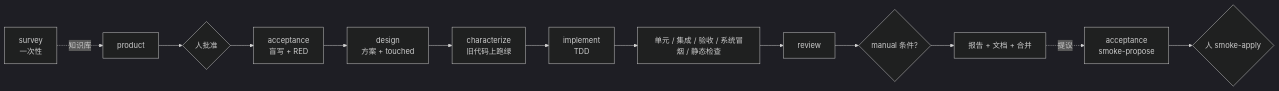
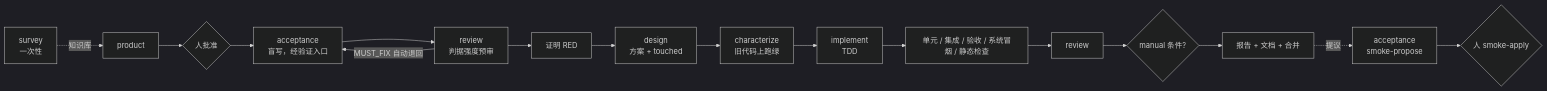
Before and after one commit to jinlin725168-ai/storyloop: the diagram in docs/roles.md, drawn with Mermaid (dark theme). The commit also changed other lines of this file and 6 other files, not shown here.

````diff
--- a/docs/roles.md
+++ b/docs/roles.md
@@ -18,15 +18,18 @@
 ```mermaid
 flowchart LR
     S[survey<br/>一次性] -.知识库.-> P
     P[product] --> H1{人批准}
-    H1 --> A[acceptance<br/>盲写 + RED]
-    A --> D[design<br/>方案 + touched]
+    H1 --> A[acceptance<br/>盲写，经验证入口]
+    A --> R0[review<br/>判据强度预审]
+    R0 -->|MUST_FIX 自动退回| A
+    R0 --> RED[证明 RED]
+    RED --> D[design<br/>方案 + touched]
     D --> C[characterize<br/>旧代码上跑绿]
     C --> I[implement<br/>TDD]
     I --> V[单元 / 集成 / 验收 / 系统冒烟 / 静态检查]
     V --> R[review]
     R --> H2{manual 条件?}
     H2 --> M[报告 + 文档 + 合并]
     M -.提议.-> A2[acceptance<br/>smoke-propose]
     A2 --> H3{人 smoke-apply}
 ```
````
